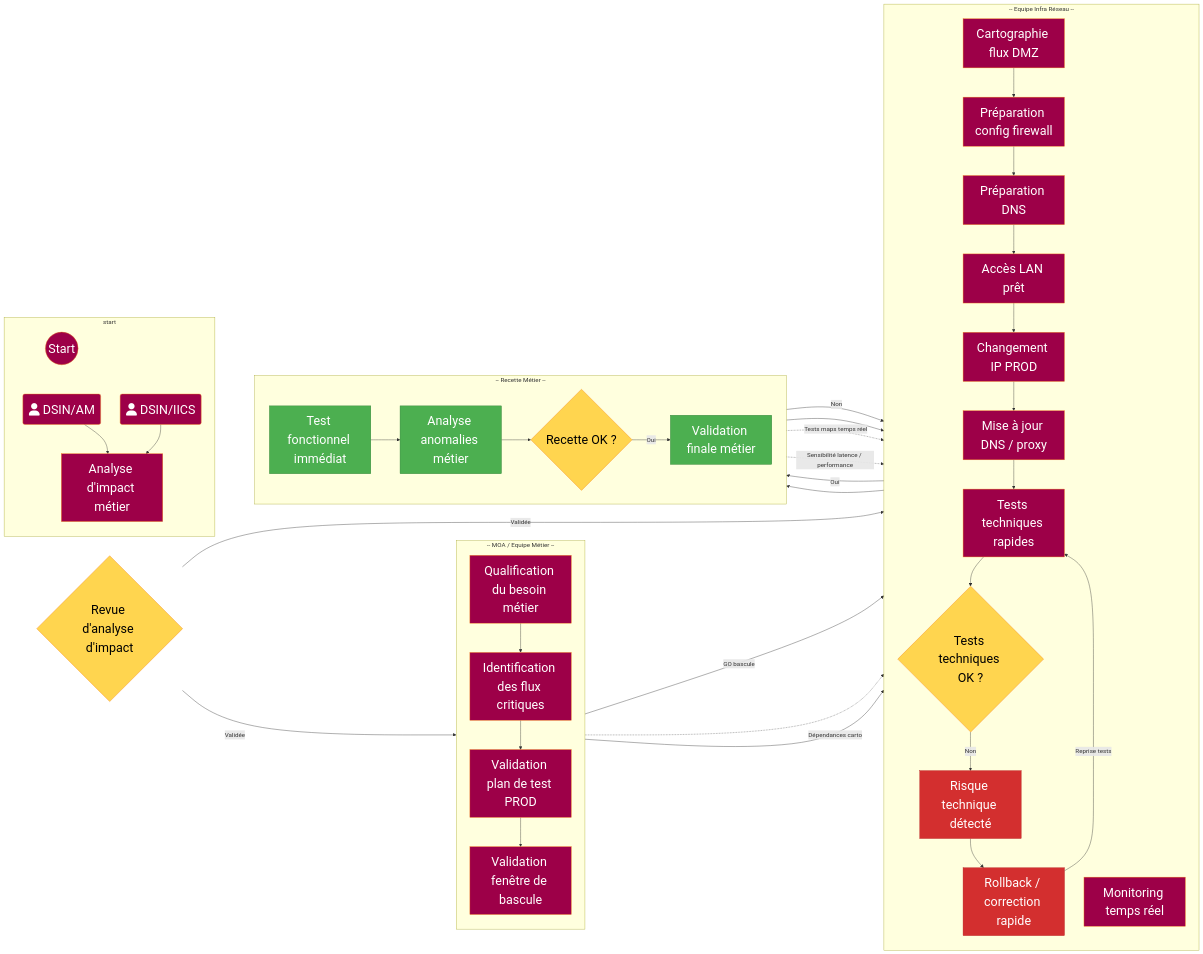
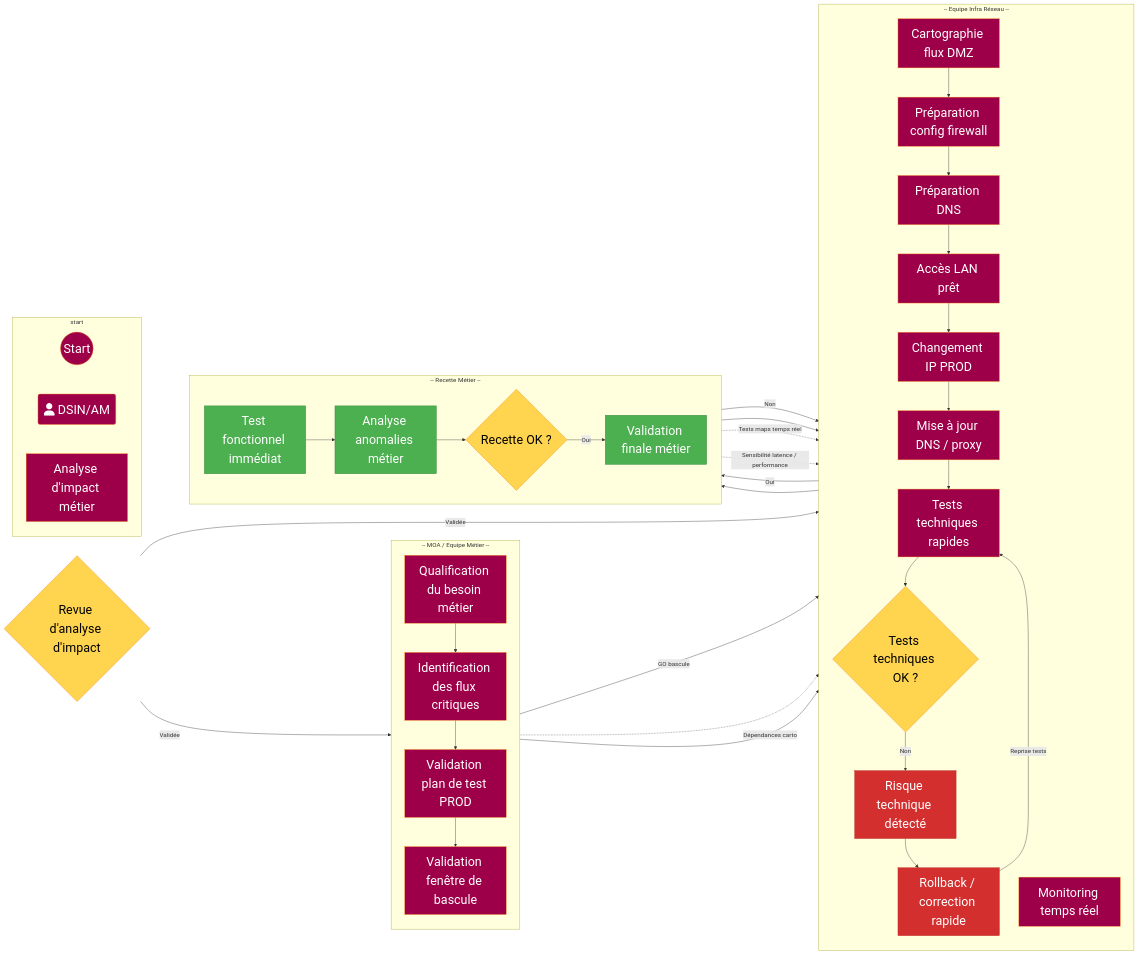
One commit to fdadda/iodraw-files changed the diagram in all/CHANGE IP - Sans Pre-Prod.md. Above: the diagram before and after it, drawn with Mermaid.

Commit message:
2026-06-01 15:26:26 update

```diff
--- a/all/CHANGE IP - Sans Pre-Prod.md
+++ b/all/CHANGE IP - Sans Pre-Prod.md
@@ -9,10 +9,11 @@
 classDef risk fill:#d32f2f,stroke:#b71c1c,color:#ffffff,font-size:32px;
 subgraph start 
 AM(fa:fa-user DSIN/AM):::metier --> S0
+
 start((Start)):::metier ==> AM
     S0["Analyse d'impact métier"]:::metier
-    AM(fa:fa-user DSIN/AM):::metier --> S0
-    IICS(fa:fa-user DSIN/IICS):::infra --> S0
+   
+    
 end 
 %% Bloc Métier
 subgraph METIER [-- MOA / Equipe Métier --]
```
